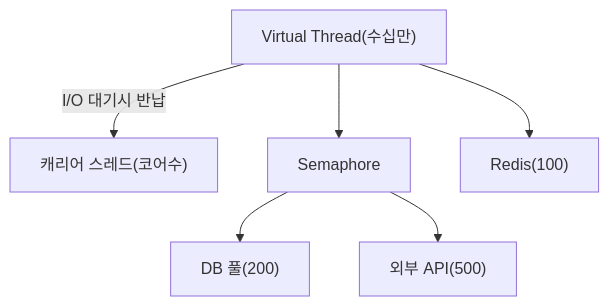
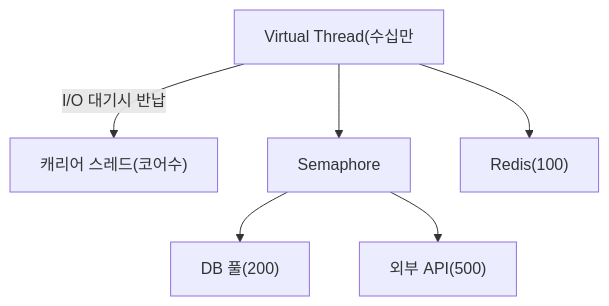
One commit to yjkim2015/yjkim2015.github.io changed the seventh of 7 diagrams in _posts/java/2026-05-01-java-virtual-thread.md. Above: the diagram before and after it, drawn with Mermaid. The commit also changed other lines of this file and 271 other files, not shown here.

First line of the commit message:
Mermaid 라벨 축소: 긴 노드 텍스트 18자 이하로 트림 + \n 제거

````diff
--- a/_posts/java/2026-05-01-java-virtual-thread.md
+++ b/_posts/java/2026-05-01-java-virtual-thread.md
@@ -1080,8 +1080,8 @@
 ```mermaid
 graph TD
-    VT["Virtual Thread(수십만)"] -->|"I/O 대기시 반납"| CT["캐리어 스레드(코어수)"]
+    VT["Virtual Thread(수십만"] -->|"I/O 대기시 반납"| CT["캐리어 스레드(코어수)"]
     VT --> SEM["Semaphore"]
     SEM --> DB["DB 풀(200)"]
     SEM --> API["외부 API(500)"]
     VT --> CACHE["Redis(100)"]
 ```
````
